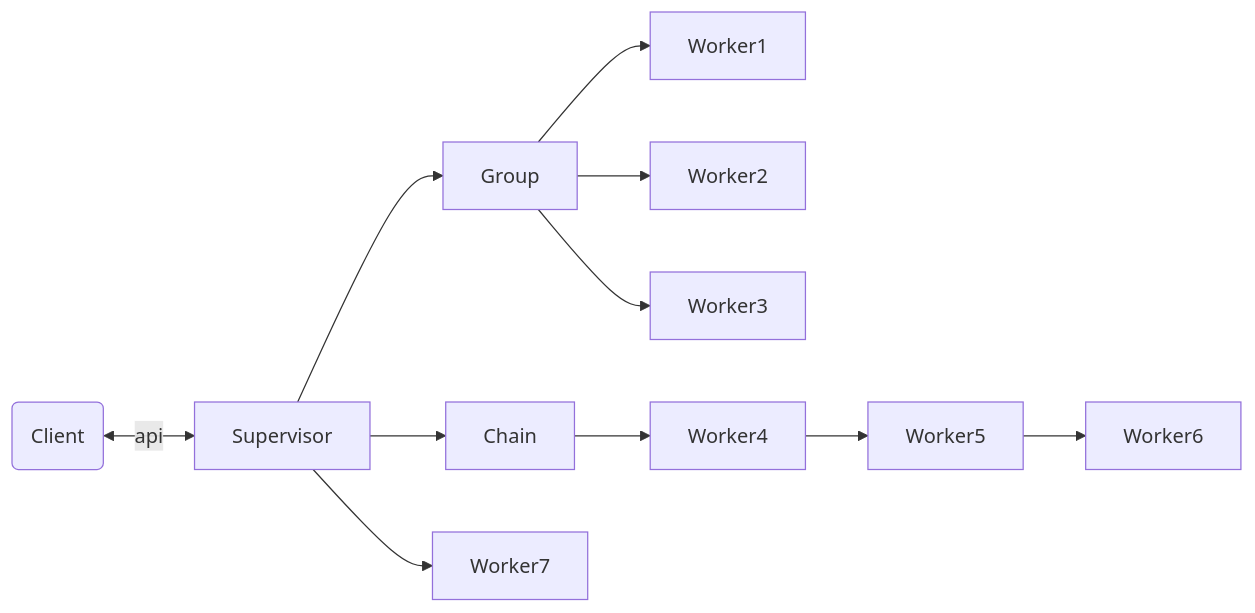
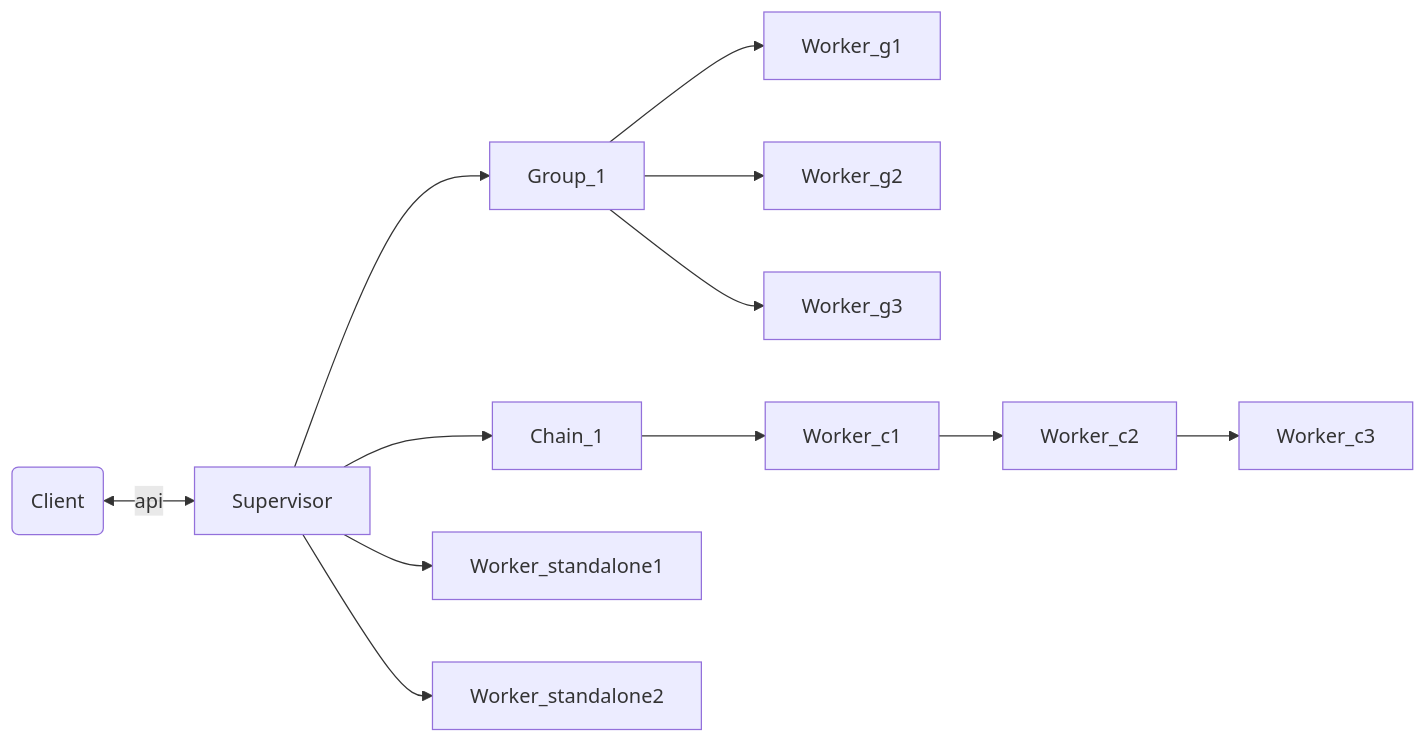
Before and after one commit to ohhi-vn/super_worker: the first of 4 diagrams in README.md, drawn with Mermaid. The commit also changed other lines of this file and 6 other files, not shown here.

````diff
--- a/README.md
+++ b/README.md
@@ -22,13 +22,14 @@
 ```mermaid
 graph LR
 Client(Client) <-->|api| Supervisor
-    Supervisor--> Group
-    Supervisor--> Chain
-    Supervisor--> Worker7
-    Group-->Worker1
-    Group-->Worker2
-    Group-->Worker3
-    Chain-->Worker4
-    Worker4-->Worker5
-    Worker5-->Worker6
+    Supervisor--> Group_1
+    Supervisor--> Chain_1
+    Supervisor-->Worker_standalone1
+    Supervisor-->Worker_standalone2
+    Group_1-->Worker_g1
+    Group_1-->Worker_g2
+    Group_1-->Worker_g3
+    Chain_1-->Worker_c1
+    Worker_c1-->Worker_c2
+    Worker_c2-->Worker_c3
 ```
````
